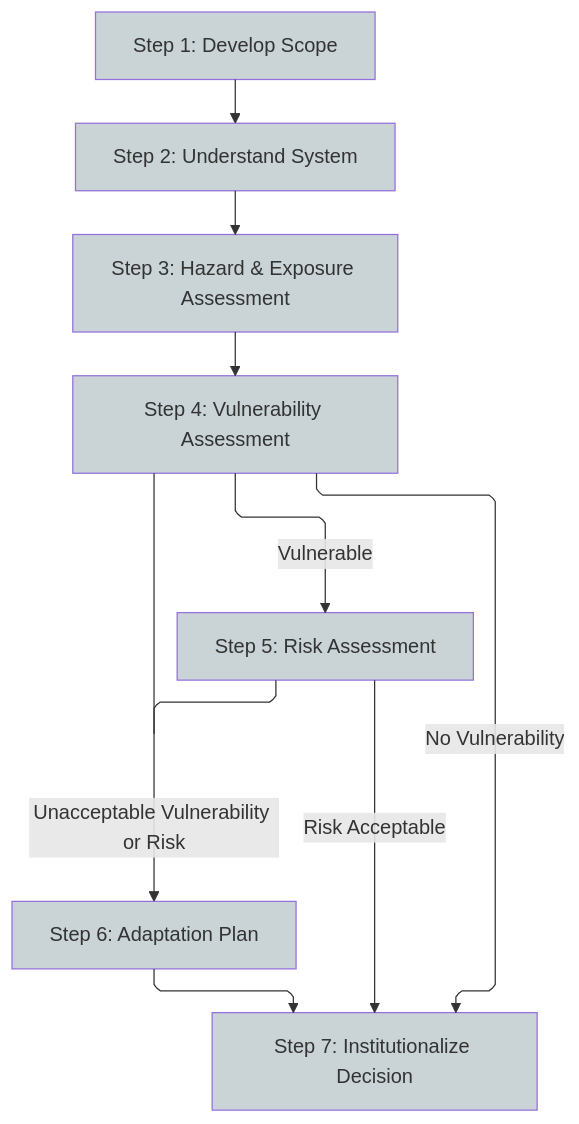
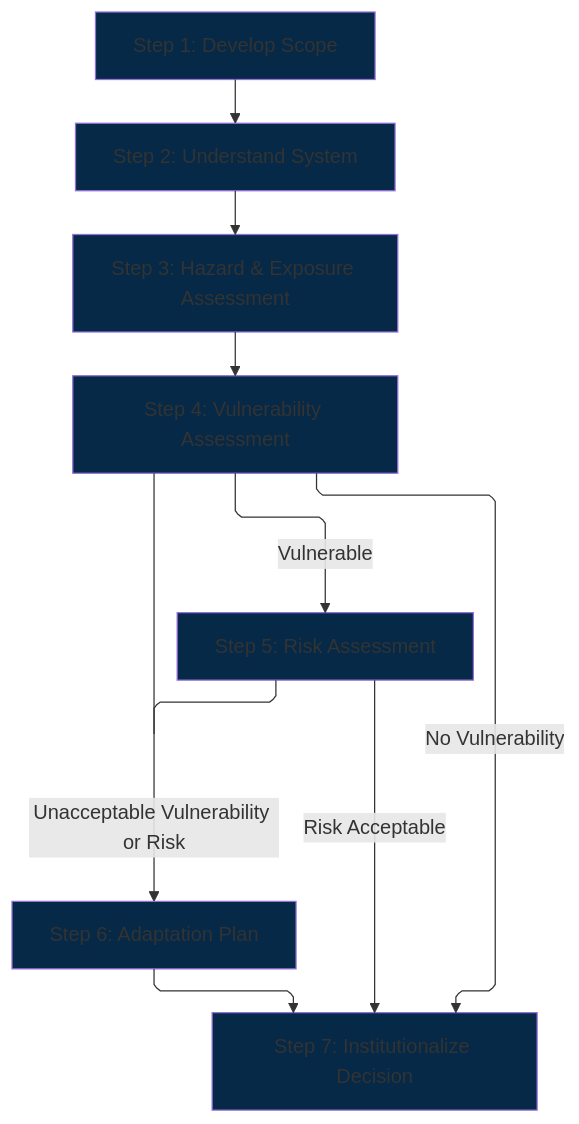
One commit to Ouranosinc/energy_climate_data_guide changed the diagram in ecdg_report/adaptation/risk_assessment.qmd. Above: the diagram before and after it, drawn with Mermaid. The commit also changed other lines of this file and 11 other files, not shown here.

````diff
--- a/ecdg_report/adaptation/risk_assessment.qmd
+++ b/ecdg_report/adaptation/risk_assessment.qmd
@@ -63,25 +63,25 @@
 ```{mermaid}
 %%| fig-align: center
 %%| fig-cap: "Generic Workflow for Adaptation"
 ---
 config:
     flowchart:
         curve: linear
 ---
 flowchart-elk TD
     A[Step 1: Develop Scope]:::basic --> B[Step 2: Understand System]:::basic
     B --> C[Step 3: Hazard & Exposure Assessment]:::basic
     C --> D[Step 4: Vulnerability Assessment]:::basic
     H[Step 7: Institutionalize Decision]:::basic
     D --> |No Vulnerability| H
     D --> |Vulnerable| E[Step 5: Risk Assessment]:::basic
     F[Step 6: Adaptation Plan]:::basic
     D & E --- J1[ ]:::join
     J1 --> |Unacceptable Vulnerability or Risk| F
     E --> |Risk Acceptable| H
     F --> H
 
-    classDef basic fill:#CAD4D6
-    classDef focus fill:#CAD4D6, stroke:#CE153D, color:#CE153D
+    classDef basic fill:#052946
+    classDef focus fill:#CE153D
     classDef join height:0px
 ```
````
